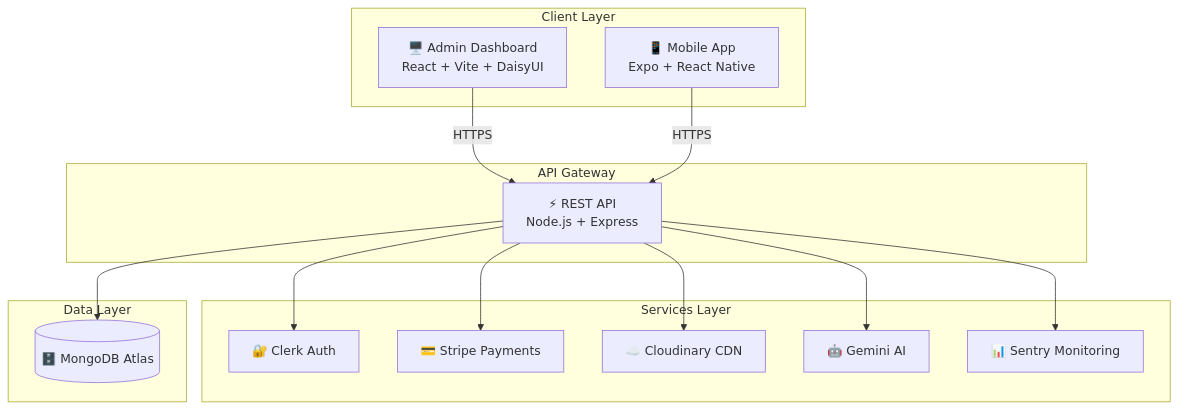
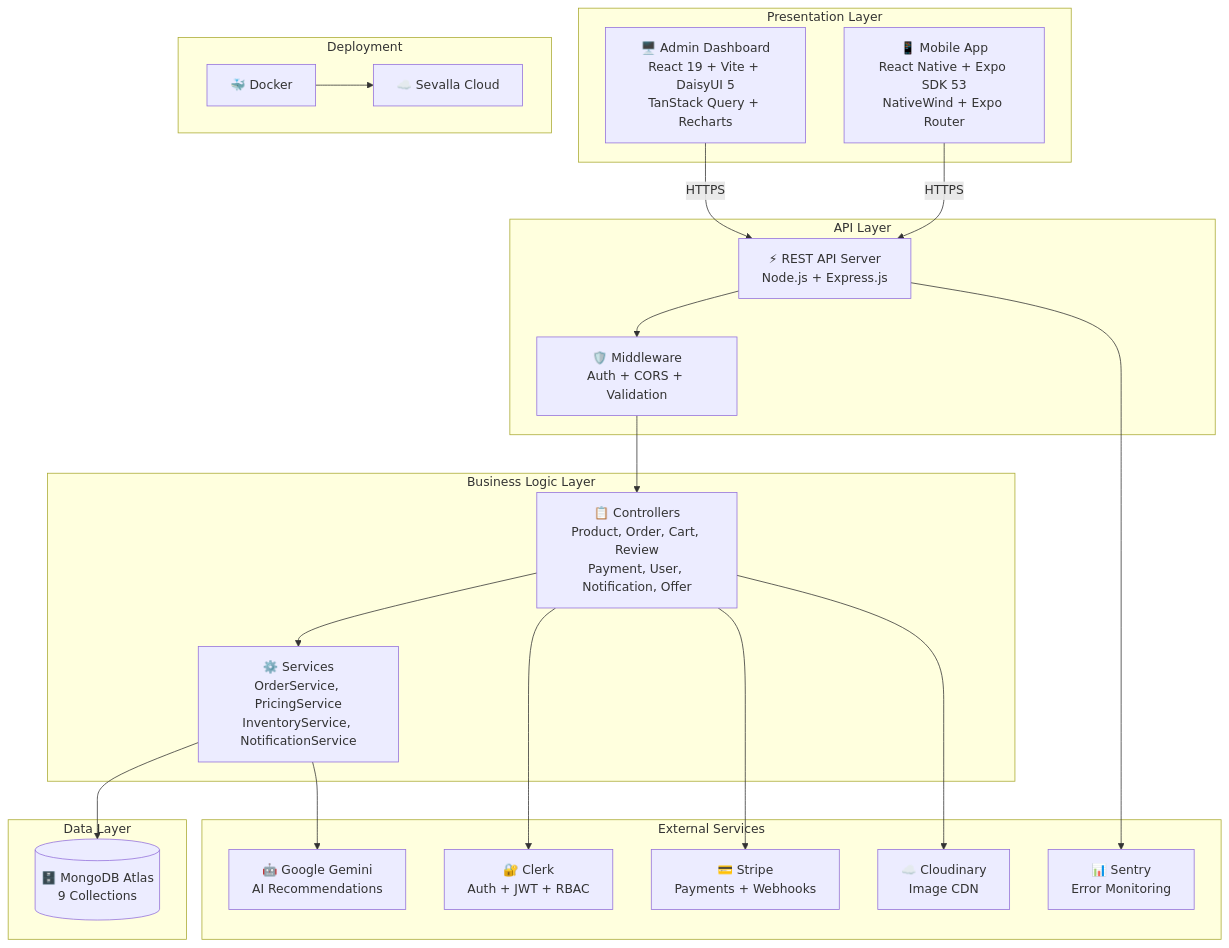
One commit to mohamedmuqsith/final_project_top_up changed the first of 3 diagrams in README.md. Above: the diagram before and after it, drawn with Mermaid. The commit also changed other lines of this file, not shown here.

Commit message:
added diagram

````diff
--- a/README.md
+++ b/README.md
@@ -20,32 +20,45 @@
 ```mermaid
 graph TB
-    subgraph "Client Layer"
-        ADMIN["🖥️ Admin Dashboard<br/>React + Vite + DaisyUI"]
-        MOBILE["📱 Mobile App<br/>Expo + React Native"]
+    subgraph "Presentation Layer"
+        ADMIN["🖥️ Admin Dashboard<br/>React 19 + Vite + DaisyUI 5<br/>TanStack Query + Recharts"]
+        MOBILE["📱 Mobile App<br/>React Native + Expo SDK 53<br/>NativeWind + Expo Router"]
     end
 
-    subgraph "API Gateway"
-        API["⚡ REST API<br/>Node.js + Express"]
+    subgraph "API Layer"
+        API["⚡ REST API Server<br/>Node.js + Express.js"]
+        MW["🛡️ Middleware<br/>Auth + CORS + Validation"]
     end
 
-    subgraph "Services Layer"
-        AUTH["🔐 Clerk Auth"]
-        PAYMENT["💳 Stripe Payments"]
-        CLOUD["☁️ Cloudinary CDN"]
-        AI["🤖 Gemini AI"]
-        MONITOR["📊 Sentry Monitoring"]
+    subgraph "Business Logic Layer"
+        CTRL["📋 Controllers<br/>Product, Order, Cart, Review<br/>Payment, User, Notification, Offer"]
+        SVC["⚙️ Services<br/>OrderService, PricingService<br/>InventoryService, NotificationService"]
+    end
+
+    subgraph "External Services"
+        AUTH["🔐 Clerk<br/>Auth + JWT + RBAC"]
+        STRIPE["💳 Stripe<br/>Payments + Webhooks"]
+        CDN["☁️ Cloudinary<br/>Image CDN"]
+        GEMINI["🤖 Google Gemini<br/>AI Recommendations"]
+        SENTRY["📊 Sentry<br/>Error Monitoring"]
     end
 
     subgraph "Data Layer"
-        DB[("🗄️ MongoDB Atlas")]
+        DB[("🗄️ MongoDB Atlas<br/>9 Collections")]
+    end
+
+    subgraph "Deployment"
+        DOCKER["🐳 Docker"]
+        SEVALLA["☁️ Sevalla Cloud"]
     end
 
     ADMIN -->|HTTPS| API
     MOBILE -->|HTTPS| API
-    API --> AUTH
-    API --> PAYMENT
-    API --> CLOUD
-    API --> AI
-    API --> MONITOR
-    API --> DB
+    API --> MW --> CTRL --> SVC
+    SVC --> DB
+    CTRL --> AUTH
+    CTRL --> STRIPE
+    CTRL --> CDN
+    SVC --> GEMINI
+    API --> SENTRY
+    DOCKER --> SEVALLA
 ```
````
